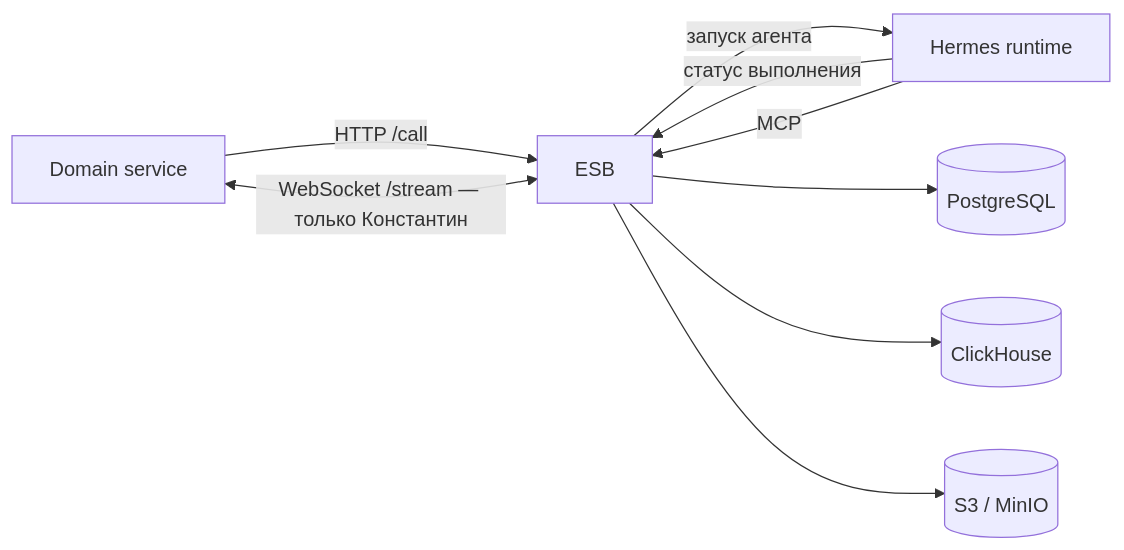
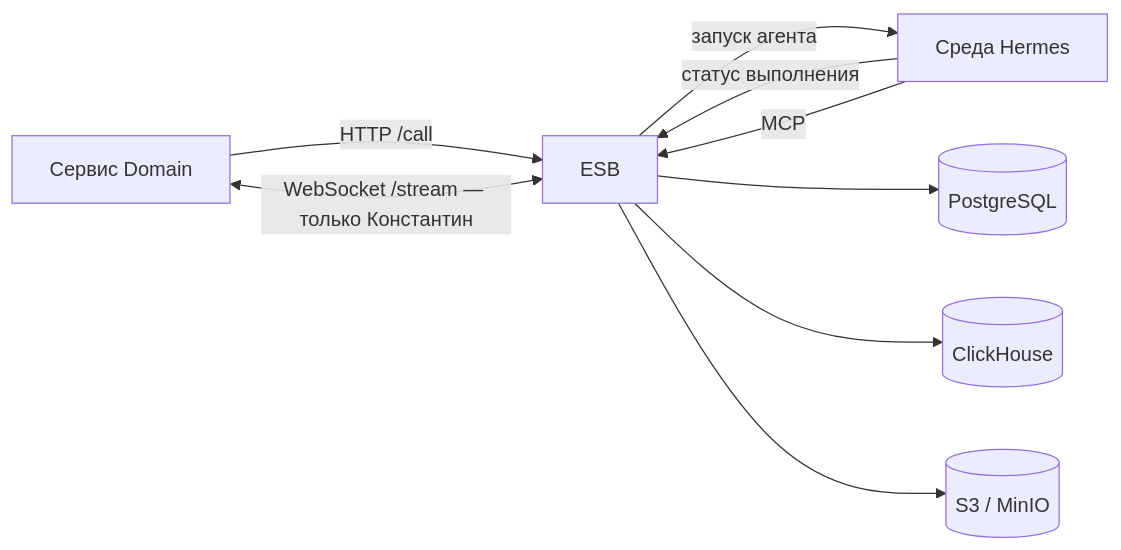
The diagram in predictor/docs/architecture.md (Tor4narek/PredictAI), drawn with Mermaid before and after one commit. The commit also changed other lines of this file and 23 other files, not shown here.

````diff
--- a/predictor/docs/architecture.md
+++ b/predictor/docs/architecture.md
@@ -7,11 +7,11 @@
 ```mermaid
 flowchart LR
-    Domain[Domain service] -->|HTTP /call| ESB
+    Domain[Сервис Domain] -->|HTTP /call| ESB
     Domain <-->|WebSocket /stream — только Константин| ESB
-    ESB -->|запуск агента| Hermes[Hermes runtime]
+    ESB -->|запуск агента| Hermes[Среда Hermes]
     Hermes -->|статус выполнения| ESB
     Hermes -->|MCP| ESB
     ESB --> PG[(PostgreSQL)]
     ESB --> CH[(ClickHouse)]
     ESB --> S3[(S3 / MinIO)]
 ```
````
